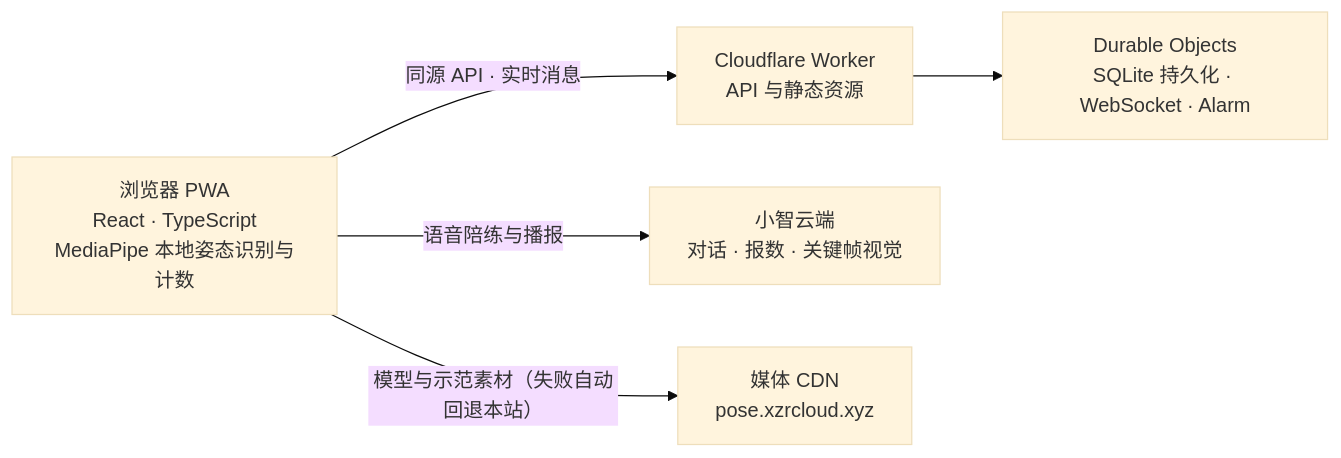
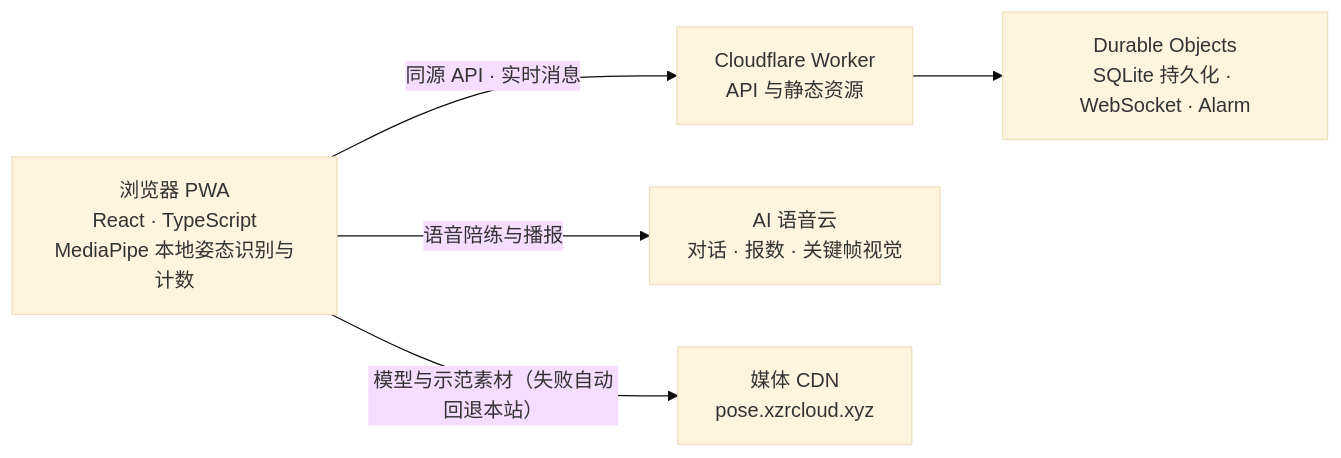
One commit to xuzerui6/MoveMate changed the diagram in README.md. Above: the diagram before and after it, drawn with Mermaid (base theme). The commit also changed other lines of this file and 1 other file, not shown here.

````diff
--- a/README.md
+++ b/README.md
@@ -105,7 +117,7 @@
 ```mermaid
 flowchart LR
     A["浏览器 PWA<br/>React · TypeScript<br/>MediaPipe 本地姿态识别与计数"] -->|"同源 API · 实时消息"| B["Cloudflare Worker<br/>API 与静态资源"]
     B --> C["Durable Objects<br/>SQLite 持久化 · WebSocket · Alarm"]
-    A -->|"语音陪练与播报"| D["小智云端<br/>对话 · 报数 · 关键帧视觉"]
+    A -->|"语音陪练与播报"| D["AI 语音云<br/>对话 · 报数 · 关键帧视觉"]
     A -->|"模型与示范素材（失败自动回退本站）"| E["媒体 CDN<br/>pose.xzrcloud.xyz"]
 ```
````
